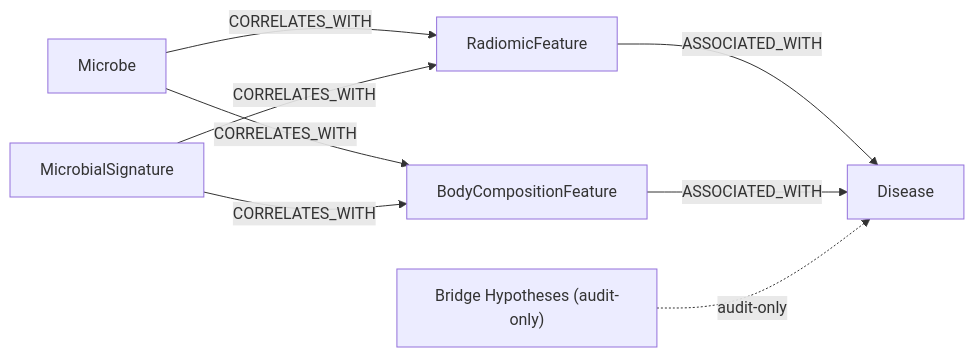
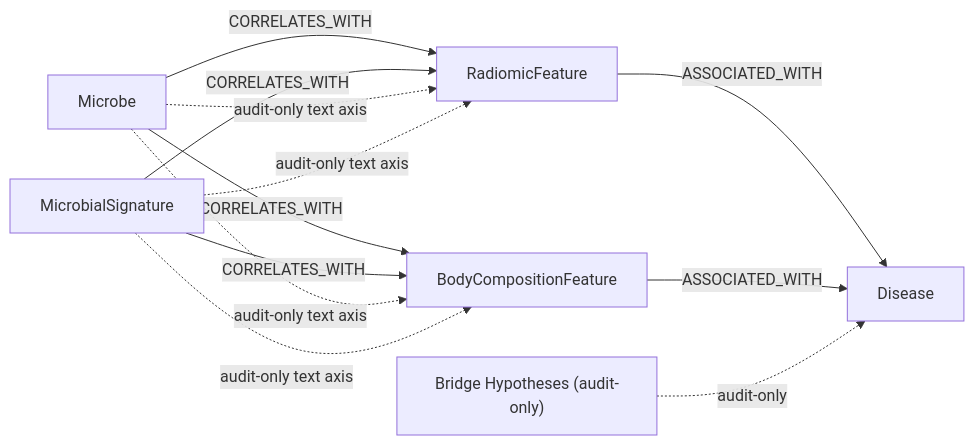
Before and after one commit to junjslee/sanomap_radiomics_layer: the diagram in docs/knowledge_map.md, drawn with Mermaid. The commit also changed other lines of this file and 22 other files, not shown here.

````diff
--- a/docs/knowledge_map.md
+++ b/docs/knowledge_map.md
@@ -7,11 +7,15 @@
 ```mermaid
 flowchart LR
   M[Microbe] -->|CORRELATES_WITH| RF[RadiomicFeature]
   M -->|CORRELATES_WITH| BCF[BodyCompositionFeature]
   MS[MicrobialSignature] -->|CORRELATES_WITH| RF
   MS -->|CORRELATES_WITH| BCF
+  M -. audit-only text axis .-> RF
+  M -. audit-only text axis .-> BCF
+  MS -. audit-only text axis .-> RF
+  MS -. audit-only text axis .-> BCF
   RF -->|ASSOCIATED_WITH| D[Disease]
   BCF -->|ASSOCIATED_WITH| D
   BH["Bridge Hypotheses (audit-only)"]
   BH -. audit-only .-> D
 ```
````
